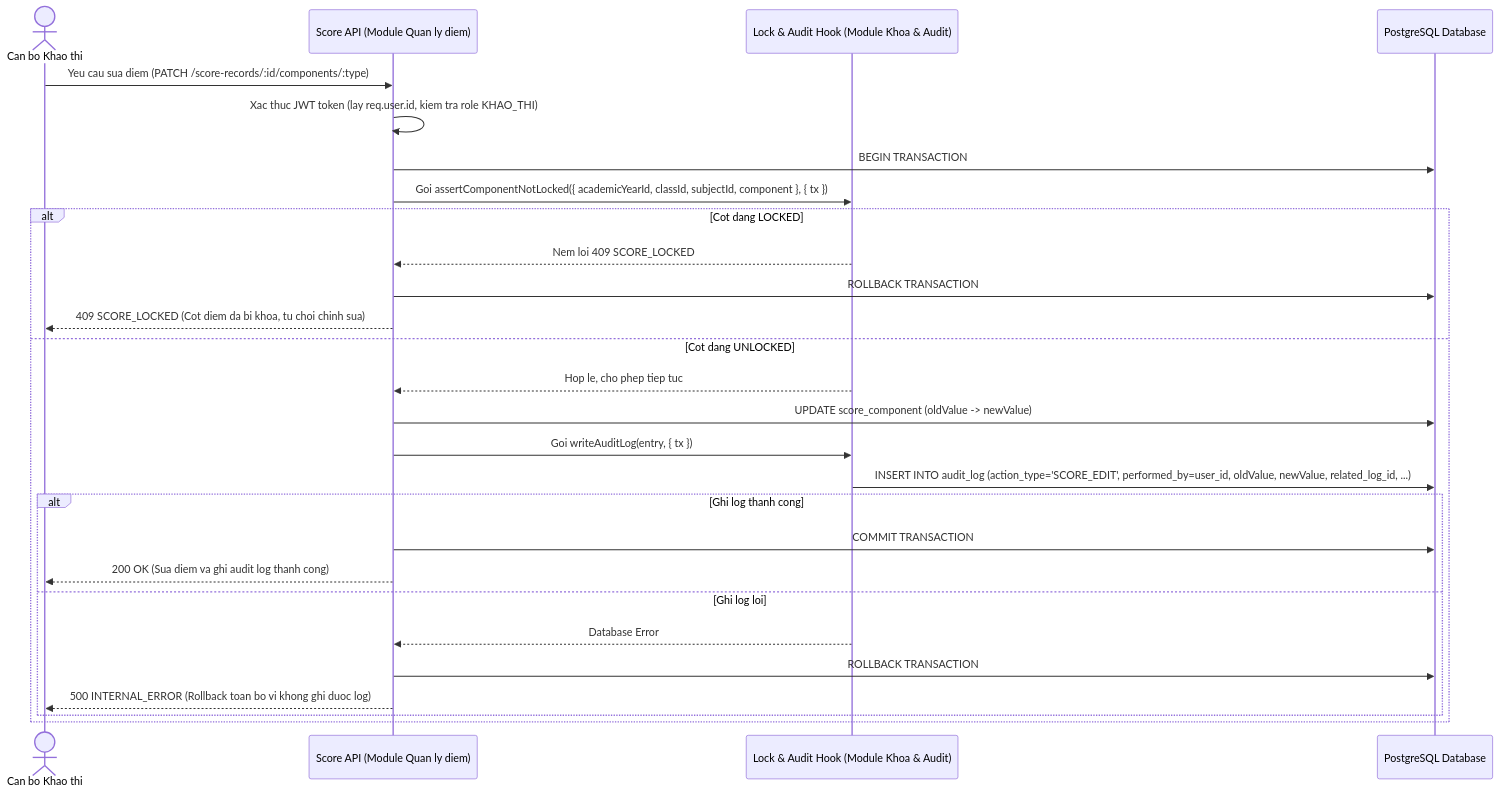
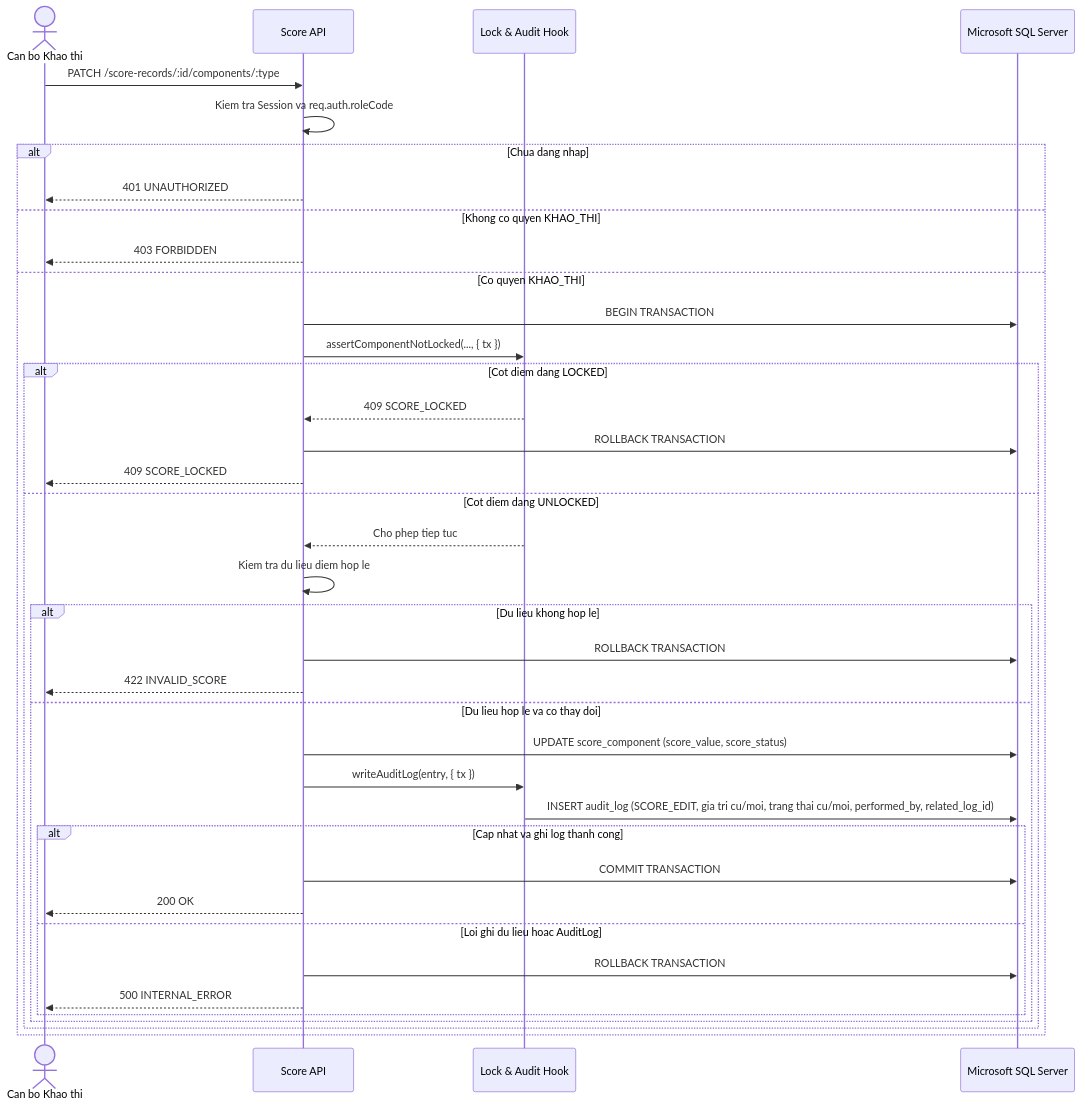
Before and after one commit to 5001103019/he-thong-quan-ly-ket-qua-hoc-tap-thpt: the second of 3 diagrams in docs/Uyên-lock-audit-design.md, drawn with Mermaid. The commit also changed other lines of this file, not shown here.

Commit message:
docs: cap nhat noi dung tai lieu lock audit design

````diff
--- a/docs/Uyên-lock-audit-design.md
+++ b/docs/Uyên-lock-audit-design.md
@@ -713,31 +741,45 @@
 ```mermaid
 sequenceDiagram
     actor KT as Can bo Khao thi
-    participant API as Score API (Module Quan ly diem)
-    participant Hook as Lock & Audit Hook (Module Khoa & Audit)
-    participant DB as PostgreSQL Database
+    participant API as Score API
+    participant Hook as Lock & Audit Hook
+    participant DB as Microsoft SQL Server
 
-    KT->>API: Yeu cau sua diem (PATCH /score-records/:id/components/:type)
-    API->>API: Xac thuc JWT token (lay req.user.id, kiem tra role KHAO_THI)
-    API->>DB: BEGIN TRANSACTION
-    API->>Hook: Goi assertComponentNotLocked({ academicYearId, classId, subjectId, component }, { tx })
-    
-    alt Cot dang LOCKED
-        Hook-->>API: Nem loi 409 SCORE_LOCKED
-        API->>DB: ROLLBACK TRANSACTION
-        API-->>KT: 409 SCORE_LOCKED (Cot diem da bi khoa, tu choi chinh sua)
-    else Cot dang UNLOCKED
-        Hook-->>API: Hop le, cho phep tiep tuc
-        API->>DB: UPDATE score_component (oldValue -> newValue)
-        API->>Hook: Goi writeAuditLog(entry, { tx })
-        Hook->>DB: INSERT INTO audit_log (action_type='SCORE_EDIT', performed_by=user_id, oldValue, newValue, related_log_id, ...)
-        alt Ghi log thanh cong
-            API->>DB: COMMIT TRANSACTION
-            API-->>KT: 200 OK (Sua diem va ghi audit log thanh cong)
-        else Ghi log loi
-            Hook-->>API: Database Error
+    KT->>API: PATCH /score-records/:id/components/:type
+    API->>API: Kiem tra Session va req.auth.roleCode
+
+    alt Chua dang nhap
+        API-->>KT: 401 UNAUTHORIZED
+    else Khong co quyen KHAO_THI
+        API-->>KT: 403 FORBIDDEN
+    else Co quyen KHAO_THI
+        API->>DB: BEGIN TRANSACTION
+        API->>Hook: assertComponentNotLocked(..., { tx })
+
+        alt Cot diem dang LOCKED
+            Hook-->>API: 409 SCORE_LOCKED
             API->>DB: ROLLBACK TRANSACTION
-            API-->>KT: 500 INTERNAL_ERROR (Rollback toan bo vi khong ghi duoc log)
+            API-->>KT: 409 SCORE_LOCKED
+        else Cot diem dang UNLOCKED
+            Hook-->>API: Cho phep tiep tuc
+            API->>API: Kiem tra du lieu diem hop le
+
+            alt Du lieu khong hop le
+                API->>DB: ROLLBACK TRANSACTION
+                API-->>KT: 422 INVALID_SCORE
+            else Du lieu hop le va co thay doi
+                API->>DB: UPDATE score_component (score_value, score_status)
+                API->>Hook: writeAuditLog(entry, { tx })
+                Hook->>DB: INSERT audit_log (SCORE_EDIT, gia tri cu/moi, trang thai cu/moi, performed_by, related_log_id)
+
+                alt Cap nhat va ghi log thanh cong
+                    API->>DB: COMMIT TRANSACTION
+                    API-->>KT: 200 OK
+                else Loi ghi du lieu hoac AuditLog
+                    API->>DB: ROLLBACK TRANSACTION
+                    API-->>KT: 500 INTERNAL_ERROR
+                end
+            end
         end
     end
 ```
````
